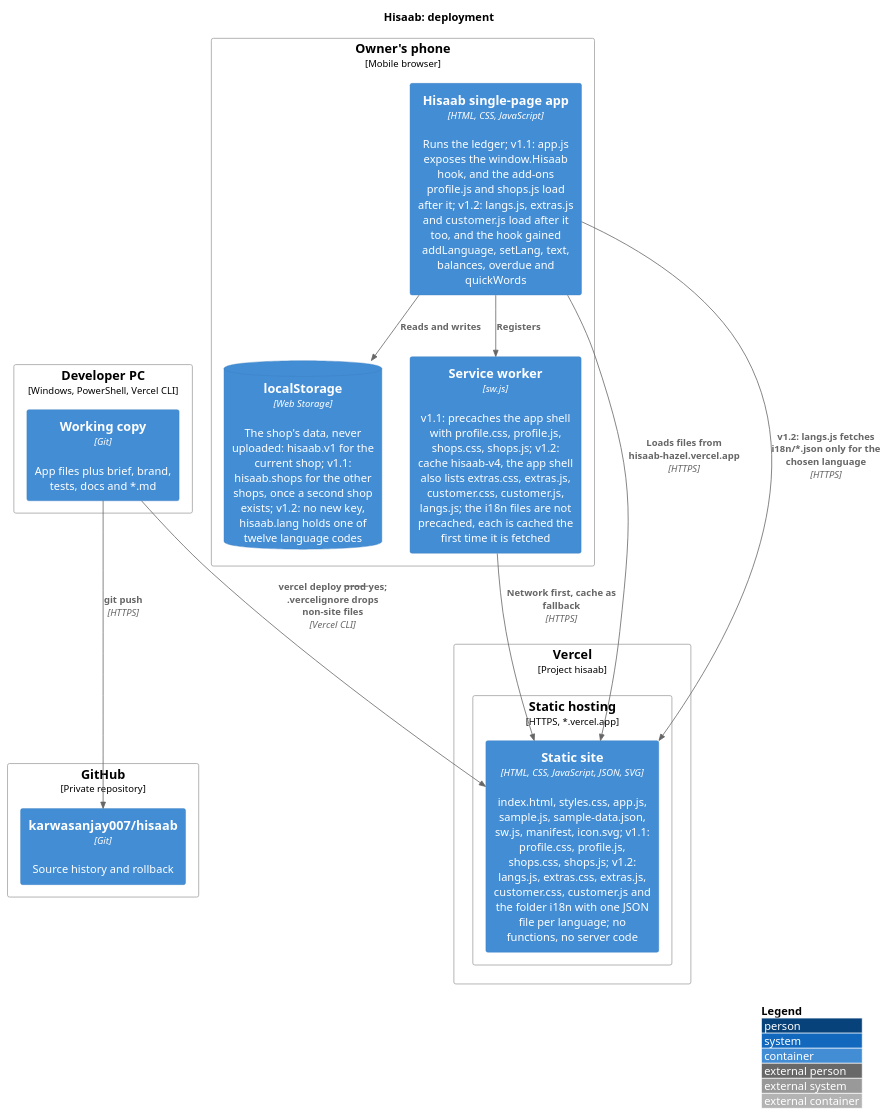
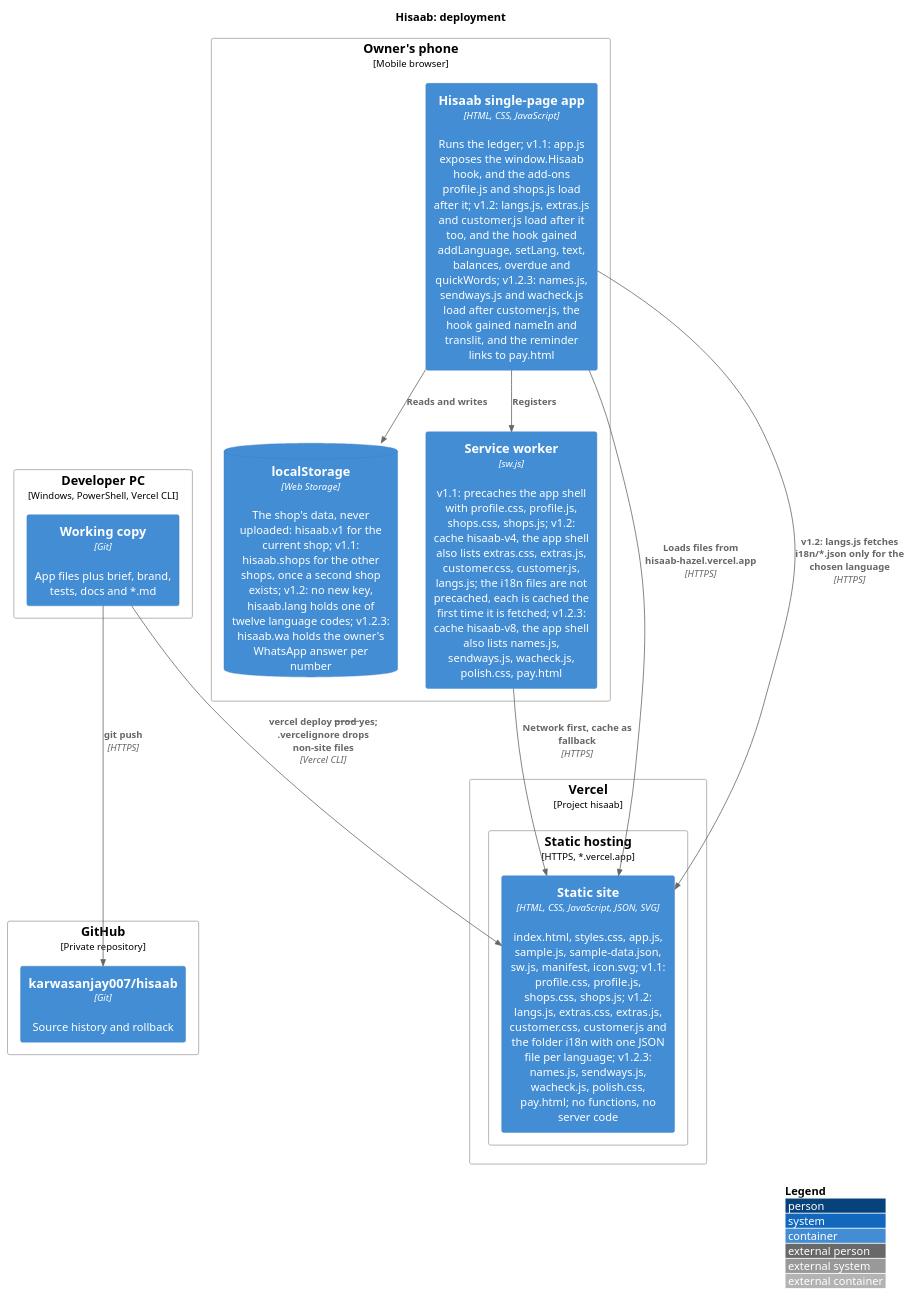
One commit to karwasanjay007/hisaab-docs changed the diagram in docs/diagrams/deployment.puml. Above: the diagram before and after it, drawn with PlantUML. The commit also changed 39 other files, not shown here.

First line of the commit message:
Version 1.2.3: layout that holds in every language, names in nine more scripts, a tappable pay link, other ways to send, the WhatsApp check; requirements, design, journeys, diagrams and evidence brought up to date after the baseline was approved

```diff
--- a/docs/diagrams/deployment.puml
+++ b/docs/diagrams/deployment.puml
@@ -1,31 +1,31 @@
 @startuml deployment
 !include <C4/C4_Deployment>
 title Hisaab: deployment
 
 Deployment_Node(dev, "Developer PC", "Windows, PowerShell, Vercel CLI") {
   Container(src, "Working copy", "Git", "App files plus brief, brand, tests, docs and *.md")
 }
 Deployment_Node(gh, "GitHub", "Private repository") {
   Container(repo, "karwasanjay007/hisaab", "Git", "Source history and rollback")
 }
 Deployment_Node(vc, "Vercel", "Project hisaab") {
   Deployment_Node(edge, "Static hosting", "HTTPS, *.vercel.app") {
-    Container(site, "Static site", "HTML, CSS, JavaScript, JSON, SVG", "index.html, styles.css, app.js, sample.js, sample-data.json, sw.js, manifest, icon.svg; v1.1: profile.css, profile.js, shops.css, shops.js; v1.2: langs.js, extras.css, extras.js, customer.css, customer.js and the folder i18n with one JSON file per language; no functions, no server code")
+    Container(site, "Static site", "HTML, CSS, JavaScript, JSON, SVG", "index.html, styles.css, app.js, sample.js, sample-data.json, sw.js, manifest, icon.svg; v1.1: profile.css, profile.js, shops.css, shops.js; v1.2: langs.js, extras.css, extras.js, customer.css, customer.js and the folder i18n with one JSON file per language; v1.2.3: names.js, sendways.js, wacheck.js, polish.css, pay.html; no functions, no server code")
   }
 }
 Deployment_Node(phone, "Owner's phone", "Mobile browser") {
-  Container(app, "Hisaab single-page app", "HTML, CSS, JavaScript", "Runs the ledger; v1.1: app.js exposes the window.Hisaab hook, and the add-ons profile.js and shops.js load after it; v1.2: langs.js, extras.js and customer.js load after it too, and the hook gained addLanguage, setLang, text, balances, overdue and quickWords")
-  ContainerDb(store, "localStorage", "Web Storage", "The shop's data, never uploaded: hisaab.v1 for the current shop; v1.1: hisaab.shops for the other shops, once a second shop exists; v1.2: no new key, hisaab.lang holds one of twelve language codes")
-  Container(swk, "Service worker", "sw.js", "v1.1: precaches the app shell with profile.css, profile.js, shops.css, shops.js; v1.2: cache hisaab-v4, the app shell also lists extras.css, extras.js, customer.css, customer.js, langs.js; the i18n files are not precached, each is cached the first time it is fetched")
+  Container(app, "Hisaab single-page app", "HTML, CSS, JavaScript", "Runs the ledger; v1.1: app.js exposes the window.Hisaab hook, and the add-ons profile.js and shops.js load after it; v1.2: langs.js, extras.js and customer.js load after it too, and the hook gained addLanguage, setLang, text, balances, overdue and quickWords; v1.2.3: names.js, sendways.js and wacheck.js load after customer.js, the hook gained nameIn and translit, and the reminder links to pay.html")
+  ContainerDb(store, "localStorage", "Web Storage", "The shop's data, never uploaded: hisaab.v1 for the current shop; v1.1: hisaab.shops for the other shops, once a second shop exists; v1.2: no new key, hisaab.lang holds one of twelve language codes; v1.2.3: hisaab.wa holds the owner's WhatsApp answer per number")
+  Container(swk, "Service worker", "sw.js", "v1.1: precaches the app shell with profile.css, profile.js, shops.css, shops.js; v1.2: cache hisaab-v4, the app shell also lists extras.css, extras.js, customer.css, customer.js, langs.js; the i18n files are not precached, each is cached the first time it is fetched; v1.2.3: cache hisaab-v8, the app shell also lists names.js, sendways.js, wacheck.js, polish.css, pay.html")
 }
 
 Rel(src, repo, "git push", "HTTPS")
 Rel(src, site, "vercel deploy --prod --yes; .vercelignore drops non-site files", "Vercel CLI")
 Rel(app, site, "Loads files from hisaab-hazel.vercel.app", "HTTPS")
 Rel(app, site, "v1.2: langs.js fetches i18n/*.json only for the chosen language", "HTTPS")
 Rel(app, store, "Reads and writes")
 Rel(app, swk, "Registers")
 Rel(swk, site, "Network first, cache as fallback", "HTTPS")
 
 LAYOUT_WITH_LEGEND()
 @enduml
```
